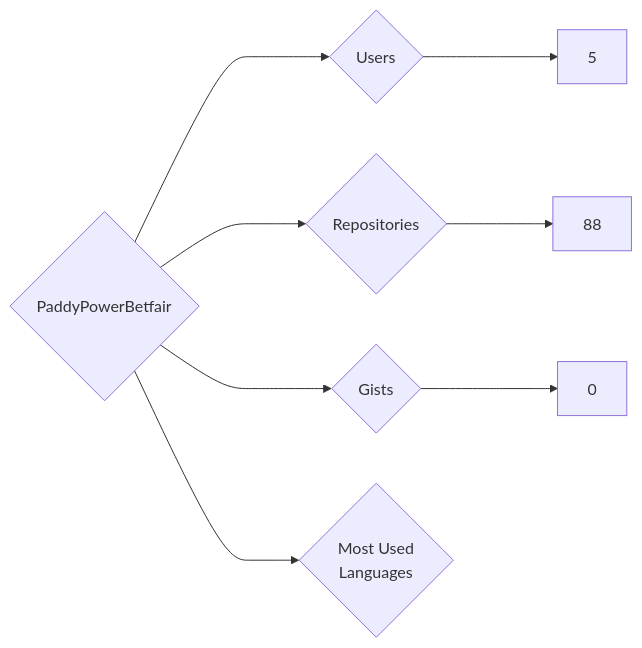
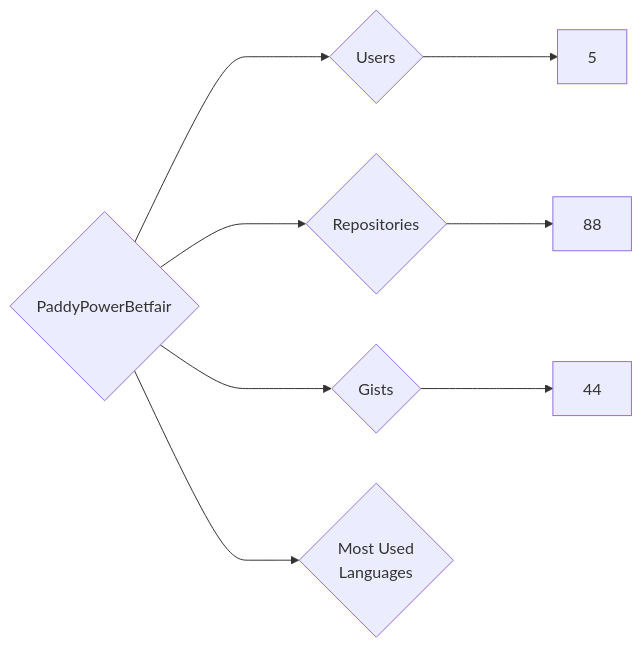
One commit to nenadzaric/insiders changed the diagram in targets/PaddyPowerBetfair/README.md. Above: the diagram before and after it, drawn with Mermaid. The commit also changed 1342 other files, not shown here.

````diff
--- a/targets/PaddyPowerBetfair/README.md
+++ b/targets/PaddyPowerBetfair/README.md
@@ -3,8 +3,8 @@
 ```mermaid
 graph LR
 COMPANY_NAME{PaddyPowerBetfair}
 COMPANY_NAME ---> U{Users} ---> UN[5]
 COMPANY_NAME ---> R{Repositories} ---> RN[88]
-COMPANY_NAME ---> G{Gists} ---> GN[0]
+COMPANY_NAME ---> G{Gists} ---> GN[44]
 COMPANY_NAME ---> ML{Most Used<br>Languages}
 ```
````
